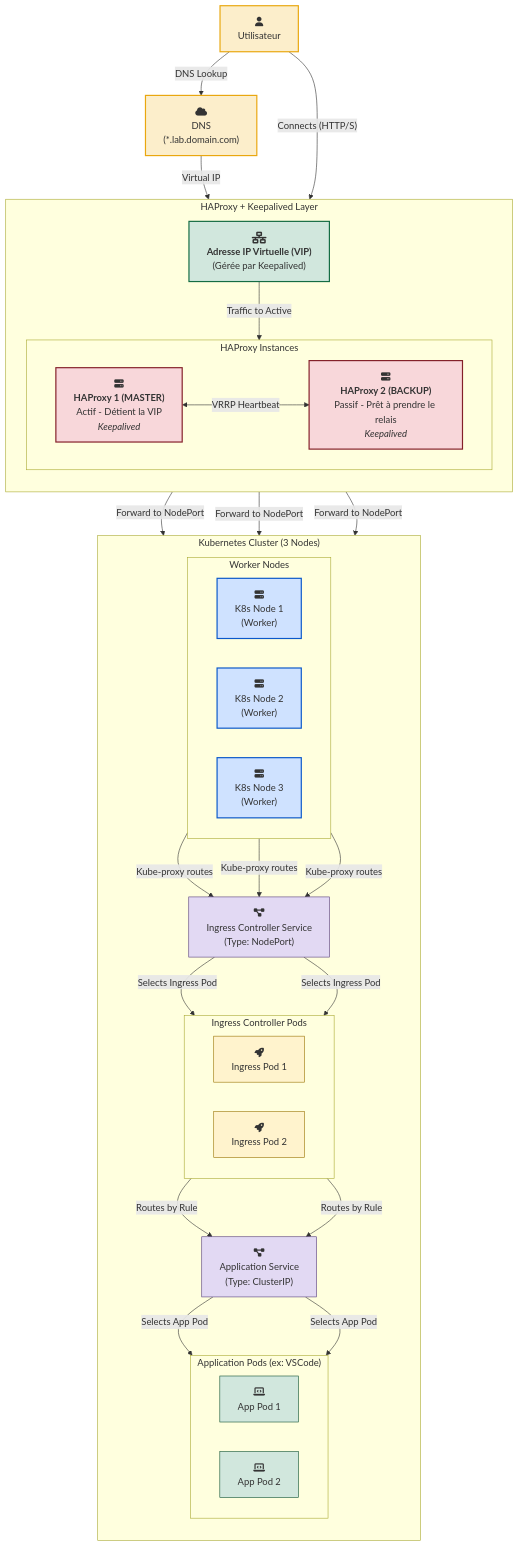
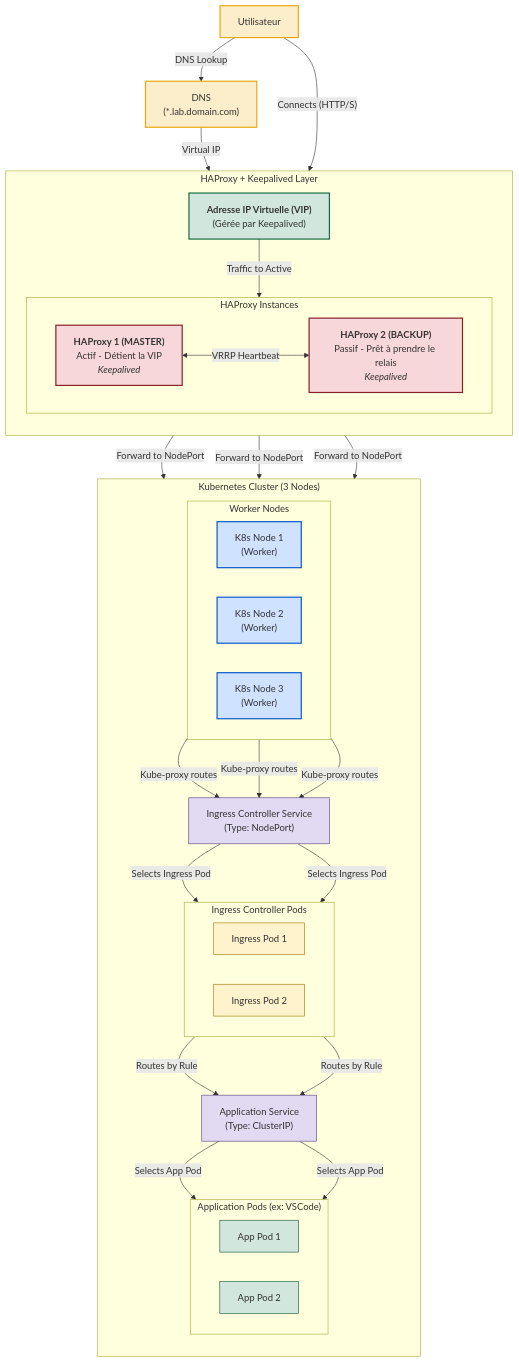
The diagram in readme.md (Tutanka01/LabOnDemand), drawn with Mermaid before and after one commit.

Commit message:
modf diagramme

```diff
--- a/readme.md
+++ b/readme.md
@@ -26,19 +26,19 @@
     classDef k8ssvc fill:#e2d9f3,stroke:#563d7c,stroke-width:1px,color:#333;
 
     %% --- External Layer ---
-    User["<i class='fa fa-user'></i><br/>Utilisateur"]:::external
-    DNS["<i class='fa fa-cloud'></i><br/>DNS<br/>(*.lab.domain.com)"]:::external
+    User["Utilisateur"]:::external
+    DNS["DNS<br/>(*.lab.domain.com)"]:::external
     User -- "DNS Lookup" --> DNS
 
     %% --- HA Layer with Keepalived ---
     subgraph "HAProxy + Keepalived Layer"
         direction TB
-        VIP["<i class='fa fa-network-wired fa-lg'></i><br/><b>Adresse IP Virtuelle (VIP)</b><br/>(Gérée par Keepalived)"]:::network
+        VIP["<b>Adresse IP Virtuelle (VIP)</b><br/>(Gérée par Keepalived)"]:::network
 
         subgraph "HAProxy Instances"
             direction LR
-            HAProxy1["<i class='fa fa-server'></i><br/><b>HAProxy 1 (MASTER)</b><br/>Actif - Détient la VIP<br/><i>Keepalived</i>"]:::haproxy
-            HAProxy2["<i class='fa fa-server'></i><br/><b>HAProxy 2 (BACKUP)</b><br/>Passif - Prêt à prendre le relais<br/><i>Keepalived</i>"]:::haproxy
+            HAProxy1["<b>HAProxy 1 (MASTER)</b><br/>Actif - Détient la VIP<br/><i>Keepalived</i>"]:::haproxy
+            HAProxy2["<b>HAProxy 2 (BACKUP)</b><br/>Passif - Prêt à prendre le relais<br/><i>Keepalived</i>"]:::haproxy
         end
         %% !! Label VRRP sans icône !!
         HAProxy1 <-- "VRRP Heartbeat" --> HAProxy2 
@@ -54,25 +54,25 @@
 
         subgraph "Worker Nodes"
              direction LR
-             Node1["<i class='fa fa-server'></i><br/>K8s Node 1<br/>(Worker)"]:::k8snode
-             Node2["<i class='fa fa-server'></i><br/>K8s Node 2<br/>(Worker)"]:::k8snode
-             Node3["<i class='fa fa-server'></i><br/>K8s Node 3<br/>(Worker)"]:::k8snode
+             Node1["K8s Node 1<br/>(Worker)"]:::k8snode
+             Node2["K8s Node 2<br/>(Worker)"]:::k8snode
+             Node3["K8s Node 3<br/>(Worker)"]:::k8snode
         end
 
-        IngressSvc["<i class='fa fa-project-diagram'></i><br/>Ingress Controller Service<br/>(Type: NodePort)"]:::k8ssvc
+        IngressSvc["Ingress Controller Service<br/>(Type: NodePort)"]:::k8ssvc
 
         subgraph "Ingress Controller Pods"
             direction LR
-             IngressPod1["<i class='fa fa-rocket'></i><br/>Ingress Pod 1"]:::k8singress
-             IngressPod2["<i class='fa fa-rocket'></i><br/>Ingress Pod 2"]:::k8singress
+             IngressPod1["Ingress Pod 1"]:::k8singress
+             IngressPod2["Ingress Pod 2"]:::k8singress
         end
 
-        AppSvc["<i class='fa fa-project-diagram'></i><br/>Application Service<br/>(Type: ClusterIP)"]:::k8ssvc
+        AppSvc["Application Service<br/>(Type: ClusterIP)"]:::k8ssvc
 
         subgraph "Application Pods (ex: VSCode)"
             direction LR
-             AppPod1["<i class='fa fa-laptop-code'></i><br/>App Pod 1"]:::k8sapp
-             AppPod2["<i class='fa fa-laptop-code'></i><br/>App Pod 2"]:::k8sapp
+             AppPod1["App Pod 1"]:::k8sapp
+             AppPod2["App Pod 2"]:::k8sapp
         end
 
         %% --- Traffic Flow inside K8s (Labels ultra-simplifiés) ---
```
